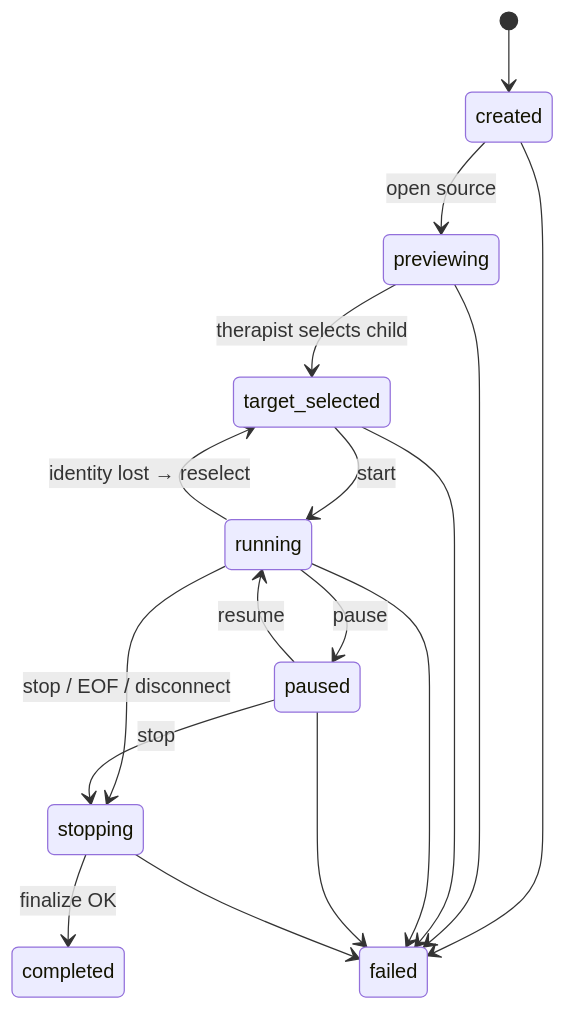
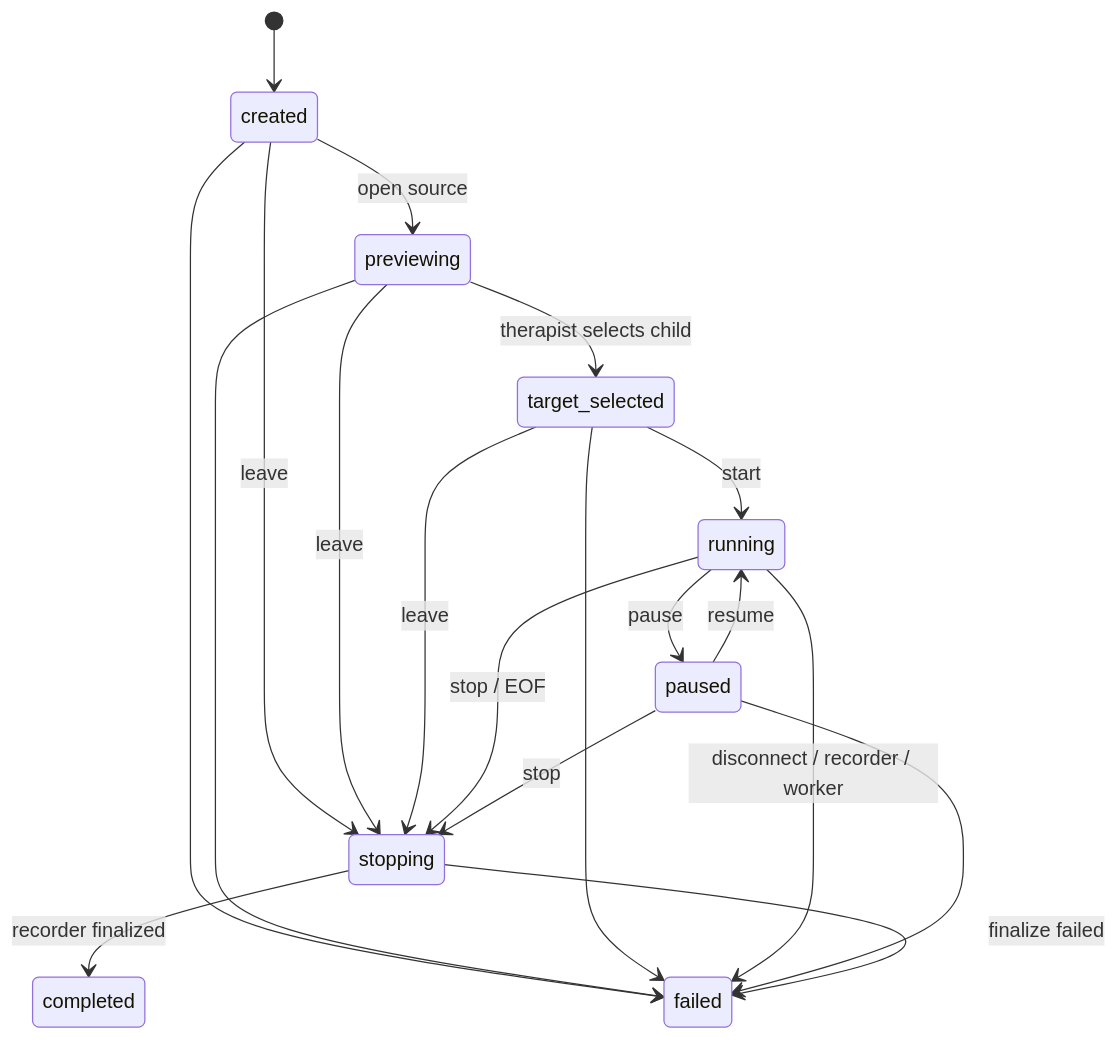
One commit to Salih2369/ABA-Project changed the second of 2 diagrams in docs/live-session-design.md. Above: the diagram before and after it, drawn with Mermaid. The commit also changed other lines of this file, not shown here.

````diff
--- a/docs/live-session-design.md
+++ b/docs/live-session-design.md
@@ -92,19 +96,21 @@
 ```mermaid
 stateDiagram-v2
     [*] --> created
     created --> previewing: open source
     previewing --> target_selected: therapist selects child
     target_selected --> running: start
     running --> paused: pause
     paused --> running: resume
-    running --> target_selected: identity lost → reselect
-    running --> stopping: stop / EOF / disconnect
+    created --> stopping: leave
+    previewing --> stopping: leave
+    target_selected --> stopping: leave
+    running --> stopping: stop / EOF
     paused --> stopping: stop
-    stopping --> completed: finalize OK
+    stopping --> completed: recorder finalized
     created --> failed
     previewing --> failed
     target_selected --> failed
-    running --> failed
+    running --> failed: disconnect / recorder / worker
     paused --> failed
-    stopping --> failed
+    stopping --> failed: finalize failed
 ```
````
